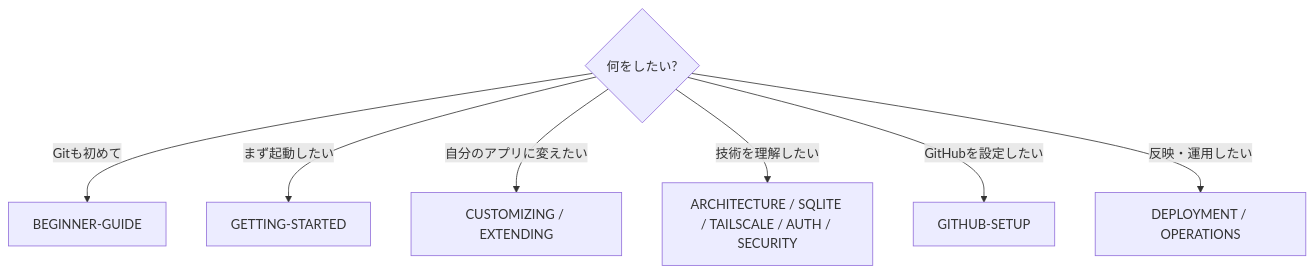
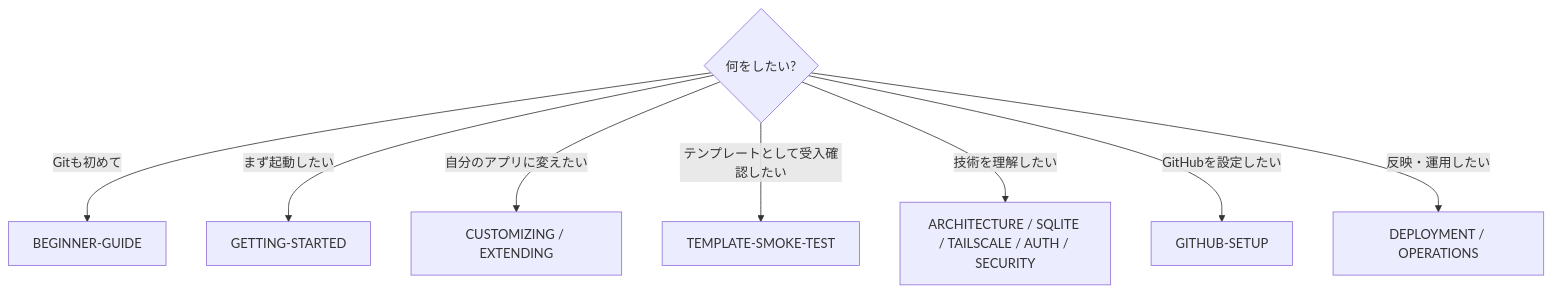
The sixth of 6 diagrams in README.md (k-systems202208/python-sqlite-tailscale-webapp-template), drawn with Mermaid before and after one commit. The commit also changed other lines of this file and 4 other files, not shown here.

````diff
--- a/README.md
+++ b/README.md
@@ -272,10 +273,11 @@
 ```mermaid
 flowchart TD
     Q{"何をしたい?"}
     Q -->|"Gitも初めて"| B["BEGINNER-GUIDE"]
     Q -->|"まず起動したい"| G["GETTING-STARTED"]
     Q -->|"自分のアプリに変えたい"| C["CUSTOMIZING / EXTENDING"]
+    Q -->|"テンプレートとして受入確認したい"| S["TEMPLATE-SMOKE-TEST"]
     Q -->|"技術を理解したい"| A["ARCHITECTURE / SQLITE / TAILSCALE / AUTH / SECURITY"]
     Q -->|"GitHubを設定したい"| H["GITHUB-SETUP"]
     Q -->|"反映・運用したい"| O["DEPLOYMENT / OPERATIONS"]
 ```
````
